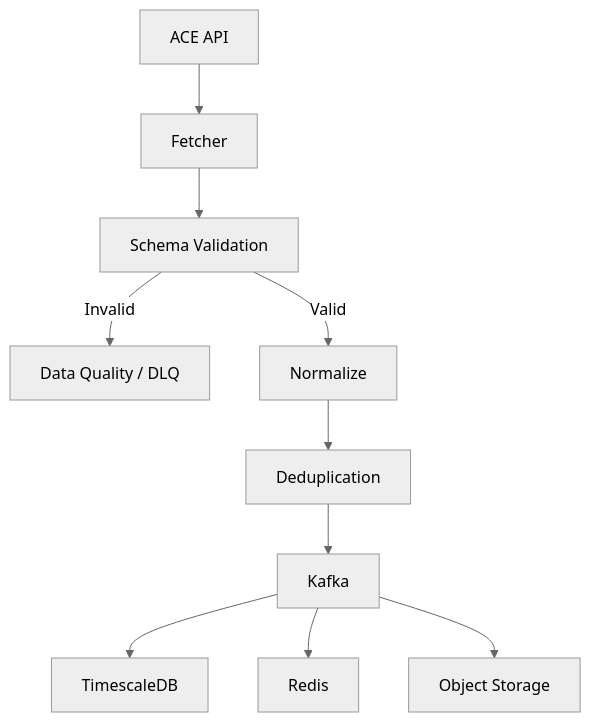
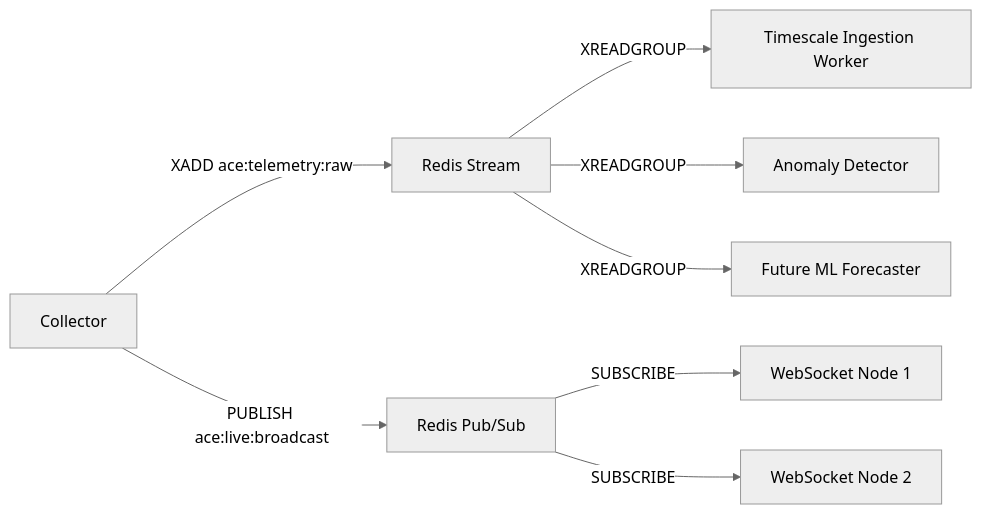
The fourth of 8 diagrams in docs/SYSTEM_DESIGN.md (klardatalabs/ace_wind_display), drawn with Mermaid (neutral theme) before and after one commit. The commit also changed other lines of this file and 1 other file, not shown here.

First line of the commit message:
docs: streamline SYSTEM_DESIGN.md into production-grade lean architecture

````diff
--- a/docs/SYSTEM_DESIGN.md
+++ b/docs/SYSTEM_DESIGN.md
@@ -458,15 +204,12 @@
-``` mermaid
-flowchart TD
-    A["ACE API"] --> F["Fetcher"]
-    F --> V["Schema Validation"]
+```mermaid
+flowchart LR
+    COL["Collector"] -->|XADD ace:telemetry:raw| STREAM["Redis Stream"]
+    
+    STREAM -->|XREADGROUP| C1["Timescale Ingestion Worker"]
+    STREAM -->|XREADGROUP| C2["Anomaly Detector"]
+    STREAM -->|XREADGROUP| C3["Future ML Forecaster"]
 
-    V -->|Invalid| DLQ["Data Quality / DLQ"]
-    V -->|Valid| N["Normalize"]
-
-    N --> D["Deduplication"]
-    D --> K["Kafka"]
-
-    K --> TS["TimescaleDB"]
-    K --> R["Redis"]
-    K --> O["Object Storage"]
+    COL -->|PUBLISH ace:live:broadcast| PUBSUB["Redis Pub/Sub"]
+    PUBSUB -->|SUBSCRIBE| WS1["WebSocket Node 1"]
+    PUBSUB -->|SUBSCRIBE| WS2["WebSocket Node 2"]
 ```
````
